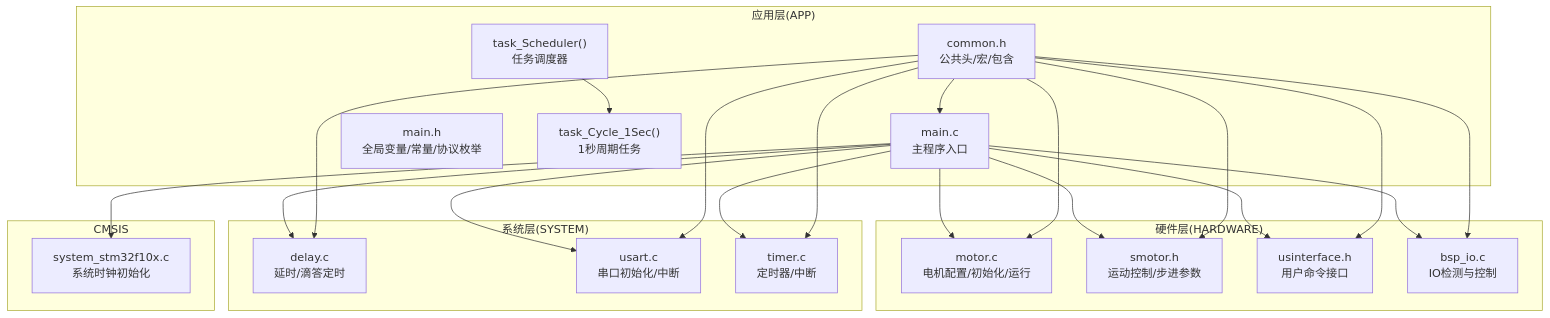
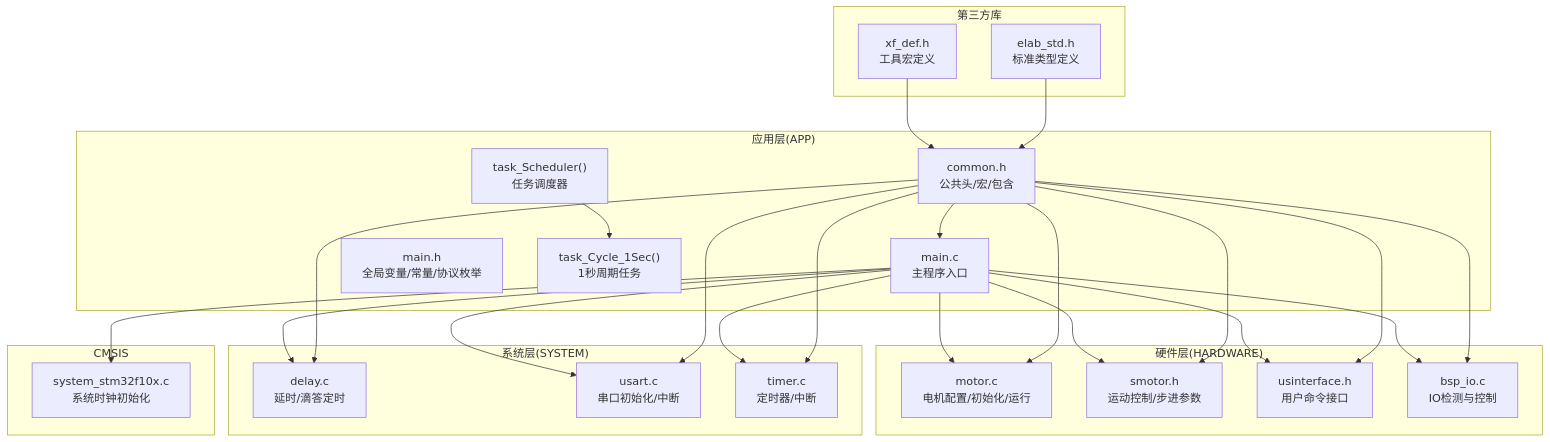
Before and after one commit to zym787/general-switcher: the first of 5 diagrams in .qoder/repowiki/zh/content/应用层开发/主程序结构.md, drawn with Mermaid. The commit also changed other lines of this file and 5 other files, not shown here.

````diff
--- a/.qoder/repowiki/zh/content/应用层开发/主程序结构.md
+++ b/.qoder/repowiki/zh/content/应用层开发/主程序结构.md
@@ -44,41 +48,47 @@
 ```mermaid
 graph TB
 subgraph "应用层(APP)"
 MAIN["main.c<br/>主程序入口"]
 COMMON["common.h<br/>公共头/宏/包含"]
 MAINH["main.h<br/>全局变量/常量/协议枚举"]
 END["task_Scheduler()<br/>任务调度器"]
 CYCLE["task_Cycle_1Sec()<br/>1秒周期任务"]
 END --> CYCLE
 end
 subgraph "系统层(SYSTEM)"
 DELAY["delay.c<br/>延时/滴答定时"]
 USART["usart.c<br/>串口初始化/中断"]
 TIMER["timer.c<br/>定时器/中断"]
 end
 subgraph "硬件层(HARDWARE)"
 MOTOR["motor.c<br/>电机配置/初始化/运行"]
 SMOTOR["smotor.h<br/>运动控制/步进参数"]
 USIF["usinterface.h<br/>用户命令接口"]
 IO["bsp_io.c<br/>IO检测与控制"]
 end
 subgraph "CMSIS"
 SYSCLK["system_stm32f10x.c<br/>系统时钟初始化"]
 end
+subgraph "第三方库"
+ELABSTD["elab_std.h<br/>标准类型定义"]
+XFDEF["xf_def.h<br/>工具宏定义"]
+end
 COMMON --> MAIN
 COMMON --> DELAY
 COMMON --> USART
 COMMON --> TIMER
 COMMON --> MOTOR
 COMMON --> SMOTOR
 COMMON --> USIF
 COMMON --> IO
 MAIN --> SYSCLK
 MAIN --> DELAY
 MAIN --> USART
 MAIN --> TIMER
 MAIN --> MOTOR
 MAIN --> SMOTOR
 MAIN --> USIF
 MAIN --> IO
+ELABSTD --> COMMON
+XFDEF --> COMMON
 ```
````
